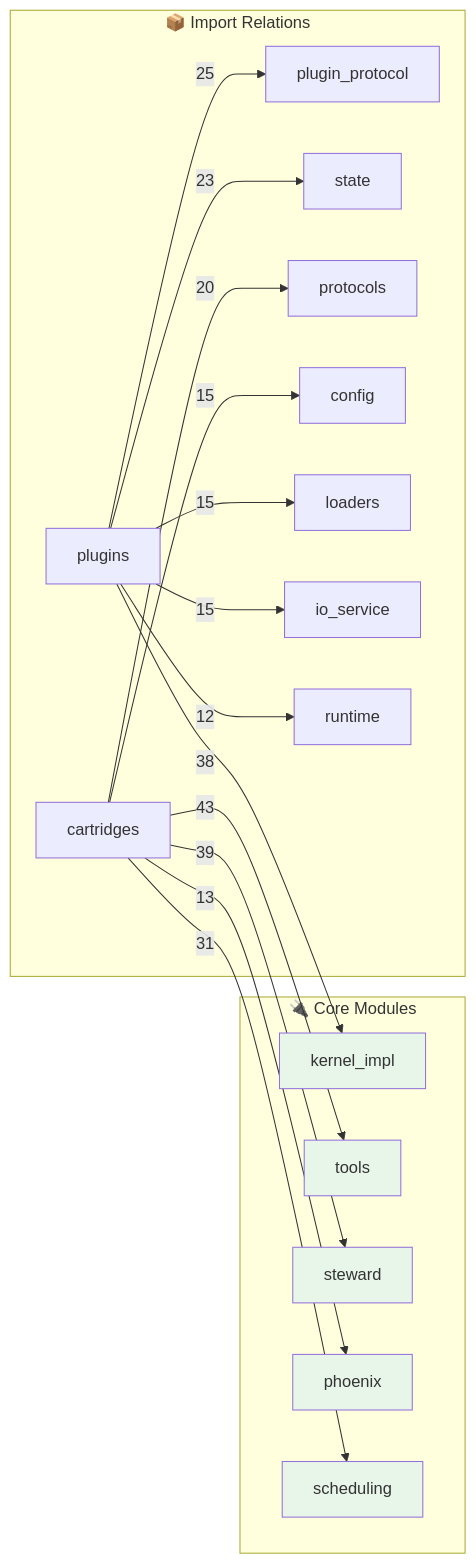
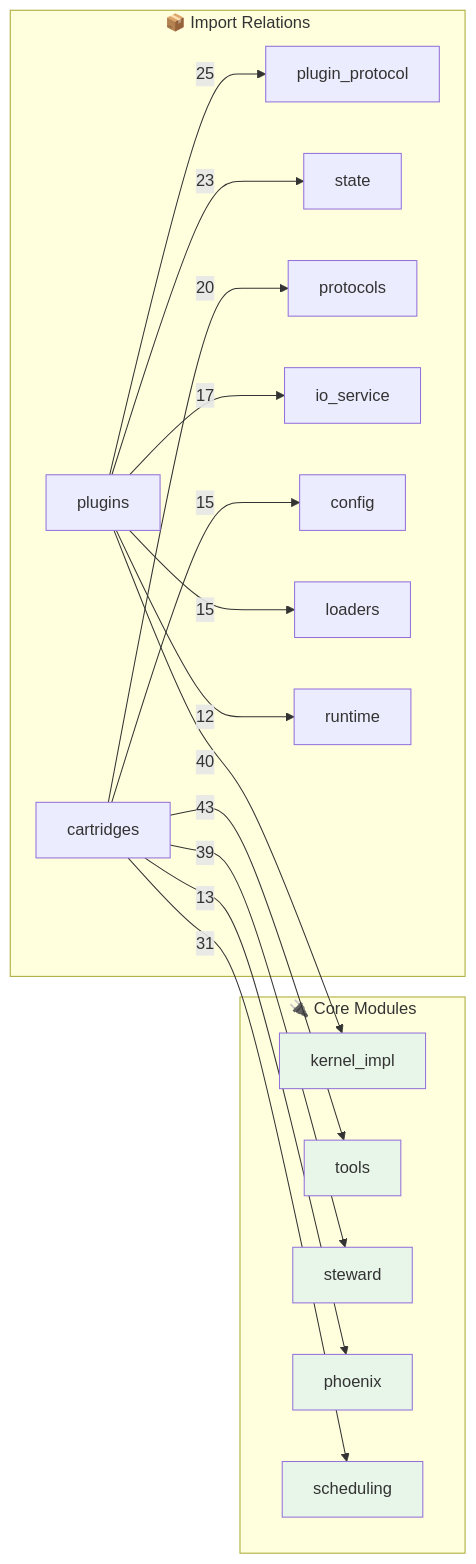
One commit to kimeisele/steward-protocol changed the second of 2 diagrams in OPUS.md. Above: the diagram before and after it, drawn with Mermaid. The commit also changed other lines of this file and 16 other files, not shown here.

````diff
--- a/OPUS.md
+++ b/OPUS.md
@@ -666,31 +670,31 @@
 ```mermaid
 flowchart LR
     subgraph Core["🔌 Core Modules"]
         kernel_impl[kernel_impl]
         tools[tools]
         steward[steward]
         phoenix[phoenix]
         scheduling[scheduling]
     end
 
     subgraph Edges["📦 Import Relations"]
         cartridges -->|43| tools
+        plugins -->|40| kernel_impl
         cartridges -->|39| steward
-        plugins -->|38| kernel_impl
         cartridges -->|31| scheduling
         plugins -->|25| plugin_protocol
         plugins -->|23| state
         cartridges -->|20| protocols
+        plugins -->|17| io_service
         cartridges -->|15| config
         plugins -->|15| loaders
-        plugins -->|15| io_service
         cartridges -->|13| phoenix
         plugins -->|12| runtime
     end
 
     style kernel_impl fill:#e8f5e9
     style tools fill:#e8f5e9
     style steward fill:#e8f5e9
     style phoenix fill:#e8f5e9
     style scheduling fill:#e8f5e9
 ```
````
